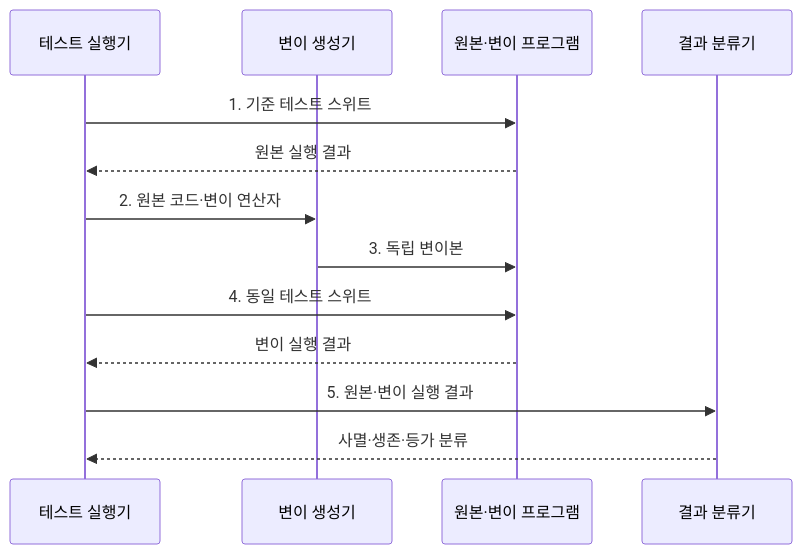
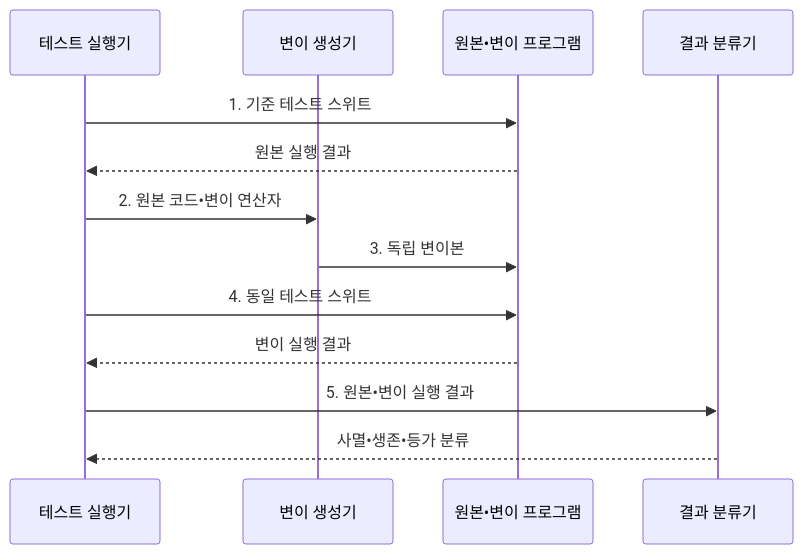
One commit to agnusdei1207/knowledge-base changed the second of 2 diagrams in src/content/docs/notes/03-software/061_mutation_testing.md. Above: the diagram before and after it, drawn with Mermaid. The commit also changed other lines of this file and 953 other files, not shown here.

````diff
--- a/src/content/docs/notes/03-software/061_mutation_testing.md
+++ b/src/content/docs/notes/03-software/061_mutation_testing.md
@@ -106,15 +106,15 @@
 ```mermaid
 sequenceDiagram
     participant R as 테스트 실행기
     participant G as 변이 생성기
-    participant P as 원본·변이 프로그램
+    participant P as 원본•변이 프로그램
     participant C as 결과 분류기
     R->>P: 1. 기준 테스트 스위트
     P-->>R: 원본 실행 결과
-    R->>G: 2. 원본 코드·변이 연산자
+    R->>G: 2. 원본 코드•변이 연산자
     G->>P: 3. 독립 변이본
     R->>P: 4. 동일 테스트 스위트
     P-->>R: 변이 실행 결과
-    R->>C: 5. 원본·변이 실행 결과
-    C-->>R: 사멸·생존·등가 분류
+    R->>C: 5. 원본•변이 실행 결과
+    C-->>R: 사멸•생존•등가 분류
 ```
````
